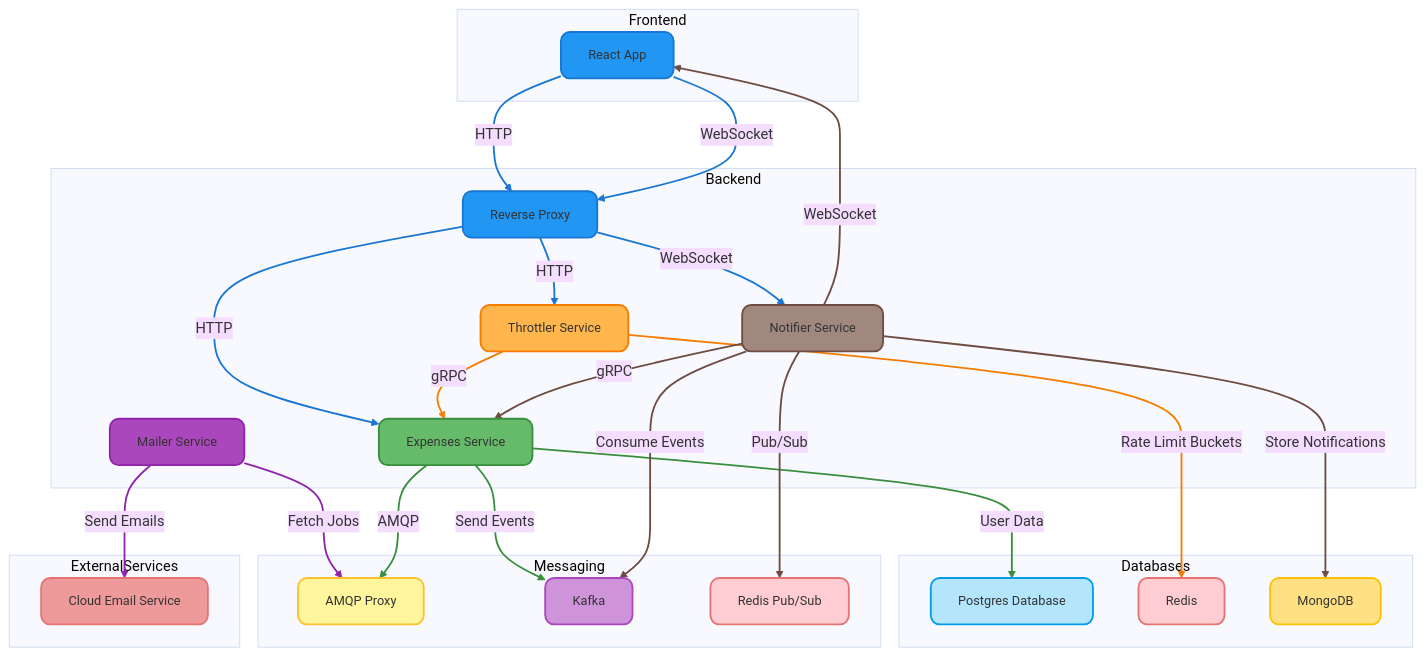
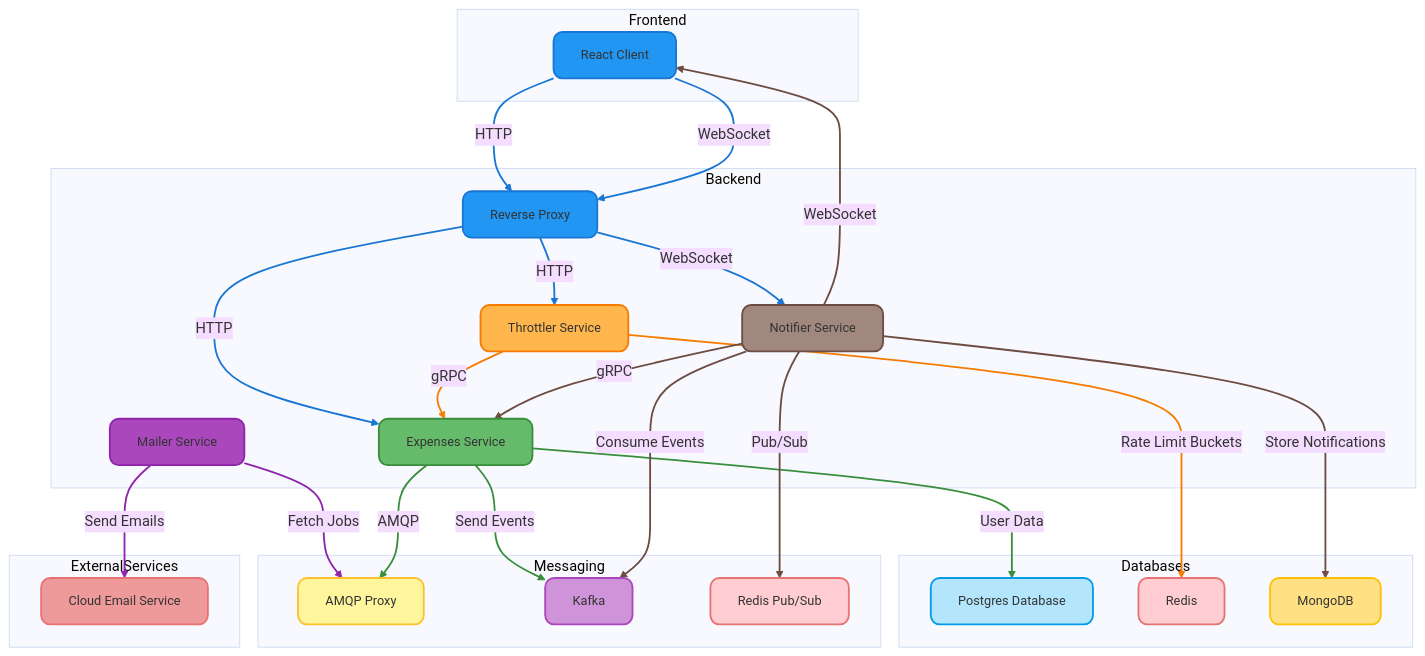
Before and after one commit to hasAnybodySeenHarry/expenses: the diagram in README.md, drawn with Mermaid (base theme).

Commit message:
Updated labels

````diff
--- a/README.md
+++ b/README.md
@@ -7,82 +7,82 @@
 ```mermaid
 graph TD
     style ReactApp fill:#2196F3,stroke:#1976D2,stroke-width:2px,color:#333,font-size:14px,rx:10,ry:10
     style ReverseProxy fill:#2196F3,stroke:#1976D2,stroke-width:2px,color:#333,font-size:14px,rx:10,ry:10
     style Expenses fill:#66BB6A,stroke:#388E3C,stroke-width:2px,color:#333,font-size:14px,rx:10,ry:10
     style Throttler fill:#FFB74D,stroke:#F57C00,stroke-width:2px,color:#333,font-size:14px,rx:10,ry:10
     style Mailer fill:#AB47BC,stroke:#8E24AA,stroke-width:2px,color:#333,font-size:14px,rx:10,ry:10
     style Notifier fill:#A1887F,stroke:#6D4C41,stroke-width:2px,color:#333,font-size:14px,rx:10,ry:10
     style Postgres fill:#B3E5FC,stroke:#039BE5,stroke-width:2px,color:#333,font-size:14px,rx:10,ry:10
     style Redis fill:#FFCDD2,stroke:#E57373,stroke-width:2px,color:#333,font-size:14px,rx:10,ry:10
     style MongoDB fill:#FFE082,stroke:#FFC107,stroke-width:2px,color:#333,font-size:14px,rx:10,ry:10
     style AMQP fill:#FFF59D,stroke:#FBC02D,stroke-width:2px,color:#333,font-size:14px,rx:10,ry:10
     style Kafka fill:#CE93D8,stroke:#AB47BC,stroke-width:2px,color:#333,font-size:14px,rx:10,ry:10
     style RedisPubSub fill:#FFCDD2,stroke:#E57373,stroke-width:2px,color:#333,font-size:14px,rx:10,ry:10
     style CloudEmail fill:#EF9A9A,stroke:#E57373,stroke-width:2px,color:#333,font-size:14px,rx:10,ry:10
 
     subgraph Frontend
-        ReactApp[React App]
+        ReactApp[React Client]
     end
 
     subgraph Backend
         ReverseProxy[Reverse Proxy]
         Expenses[Expenses Service]
         Throttler[Throttler Service]
         Mailer[Mailer Service]
         Notifier[Notifier Service]
     end
 
     subgraph Databases
         Postgres[Postgres Database]
         Redis[Redis]
         MongoDB[MongoDB]
     end
 
     subgraph Messaging
+        AMQP[AMQP Proxy]
         Kafka[Kafka]
         RedisPubSub[Redis Pub/Sub]
-        AMQP[AMQP Proxy]
     end
 
     subgraph ExternalServices
         CloudEmail[Cloud Email Service]
     end
 
     %% Define connections with labels and directions
     ReactApp -- HTTP --> ReverseProxy
     ReverseProxy -- HTTP --> Expenses
     Expenses -- User Data --> Postgres
     Throttler -- gRPC --> Expenses
     Throttler -- Rate Limit Buckets --> Redis
     Mailer -- Fetch Jobs --> AMQP
     Expenses -- AMQP --> AMQP
     Mailer -- Send Emails --> CloudEmail
     Expenses -- Send Events --> Kafka
     Notifier -- Consume Events --> Kafka
     Notifier -- Store Notifications --> MongoDB
     Notifier -- Pub/Sub --> RedisPubSub
     ReactApp -- WebSocket --> ReverseProxy
     ReverseProxy -- WebSocket --> Notifier
     Notifier -- gRPC --> Expenses
     Notifier -- WebSocket --> ReactApp
     ReverseProxy -- HTTP --> Throttler
 
     %% Style links
     linkStyle 0 stroke:#1976D2,stroke-width:2px
     linkStyle 1 stroke:#1976D2,stroke-width:2px
     linkStyle 2 stroke:#388E3C,stroke-width:2px
     linkStyle 3 stroke:#F57C00,stroke-width:2px
     linkStyle 4 stroke:#F57C00,stroke-width:2px
     linkStyle 5 stroke:#8E24AA,stroke-width:2px
     linkStyle 6 stroke:#388E3C,stroke-width:2px
     linkStyle 7 stroke:#8E24AA,stroke-width:2px
     linkStyle 8 stroke:#388E3C,stroke-width:2px
     linkStyle 9 stroke:#6D4C41,stroke-width:2px
     linkStyle 10 stroke:#6D4C41,stroke-width:2px
     linkStyle 11 stroke:#6D4C41,stroke-width:2px
     linkStyle 12 stroke:#1976D2,stroke-width:2px
     linkStyle 13 stroke:#1976D2,stroke-width:2px
     linkStyle 14 stroke:#6D4C41,stroke-width:2px
     linkStyle 15 stroke:#6D4C41,stroke-width:2px
     linkStyle 16 stroke:#1976D2,stroke-width:2px
 ```
````
